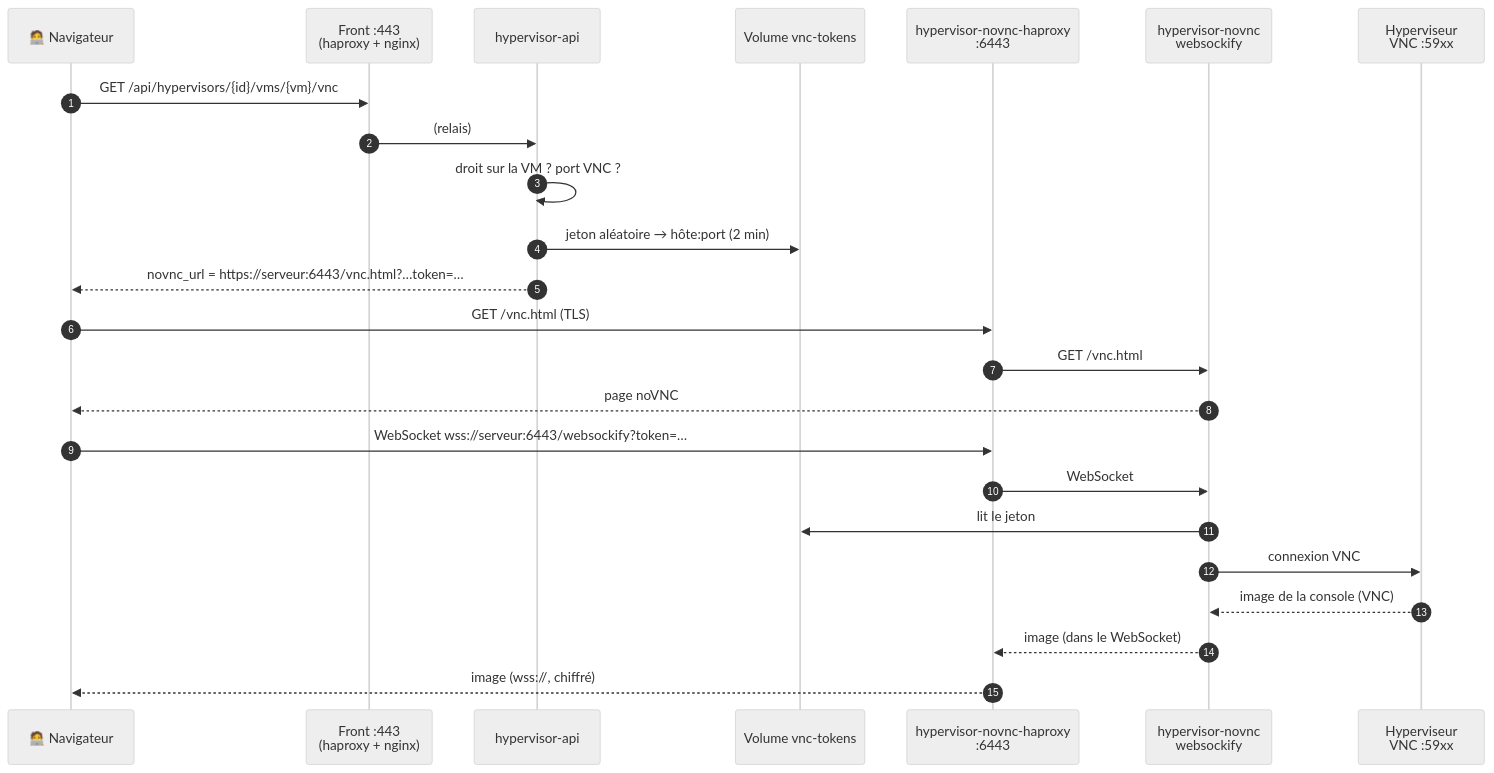
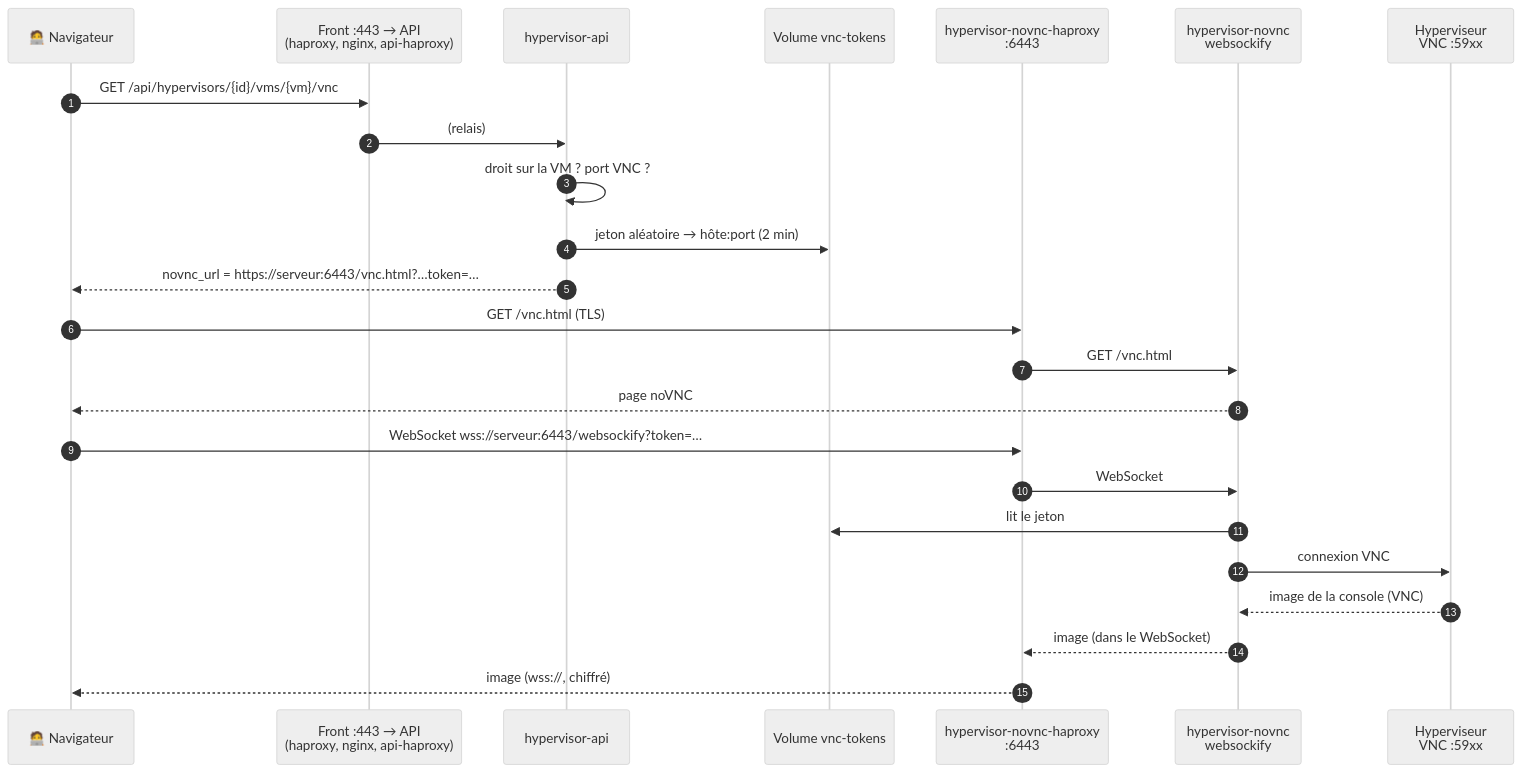
The third of 3 diagrams in docs/DOCKER.md (remialban/hypervisor-api), drawn with Mermaid (neutral theme) before and after one commit. The commit also changed other lines of this file and 5 other files, not shown here.

````diff
--- a/docs/DOCKER.md
+++ b/docs/DOCKER.md
@@ -219,27 +233,27 @@
 ```mermaid
 sequenceDiagram
     autonumber
     participant N as 🧑‍💻 Navigateur
-    participant F as Front :443<br/>(haproxy + nginx)
+    participant F as Front :443 → API<br/>(haproxy, nginx, api-haproxy)
     participant A as hypervisor-api
     participant V as Volume vnc-tokens
     participant P as hypervisor-novnc-haproxy<br/>:6443
     participant W as hypervisor-novnc<br/>websockify
     participant K as Hyperviseur<br/>VNC :59xx
 
     N->>F: GET /api/hypervisors/{id}/vms/{vm}/vnc
     F->>A: (relais)
     A->>A: droit sur la VM ? port VNC ?
     A->>V: jeton aléatoire → hôte:port (2 min)
     A-->>N: novnc_url = https://serveur:6443/vnc.html?…token=…
     N->>P: GET /vnc.html (TLS)
     P->>W: GET /vnc.html
     W-->>N: page noVNC
     N->>P: WebSocket wss://serveur:6443/websockify?token=…
     P->>W: WebSocket
     W->>V: lit le jeton
     W->>K: connexion VNC
     K-->>W: image de la console (VNC)
     W-->>P: image (dans le WebSocket)
     P-->>N: image (wss://, chiffré)
 ```
````
